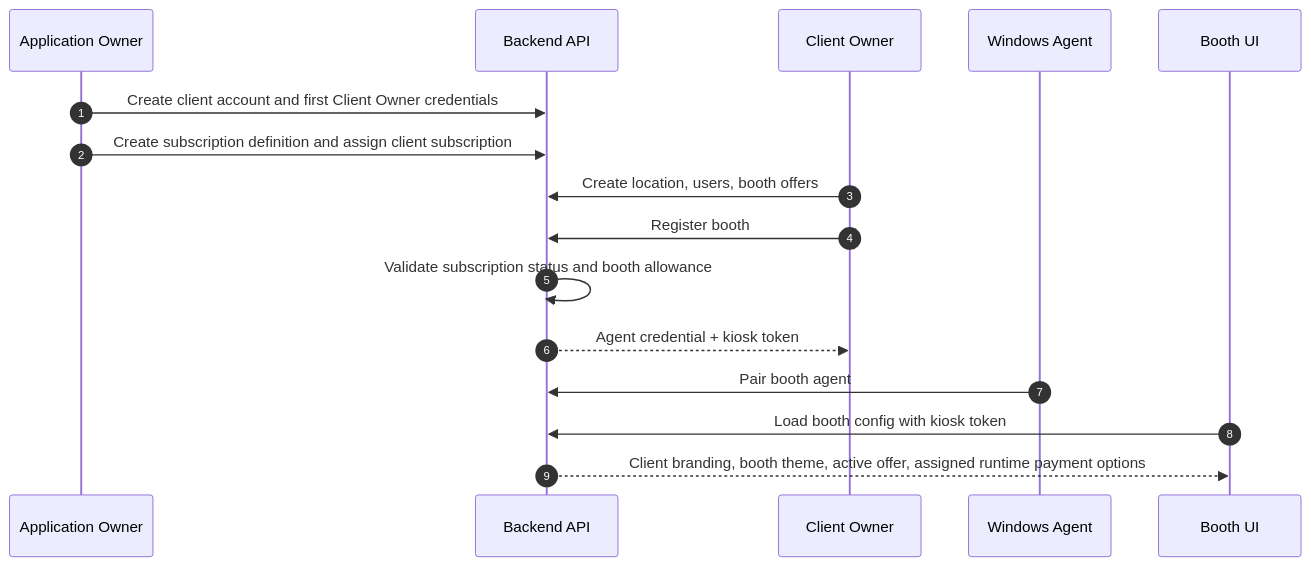
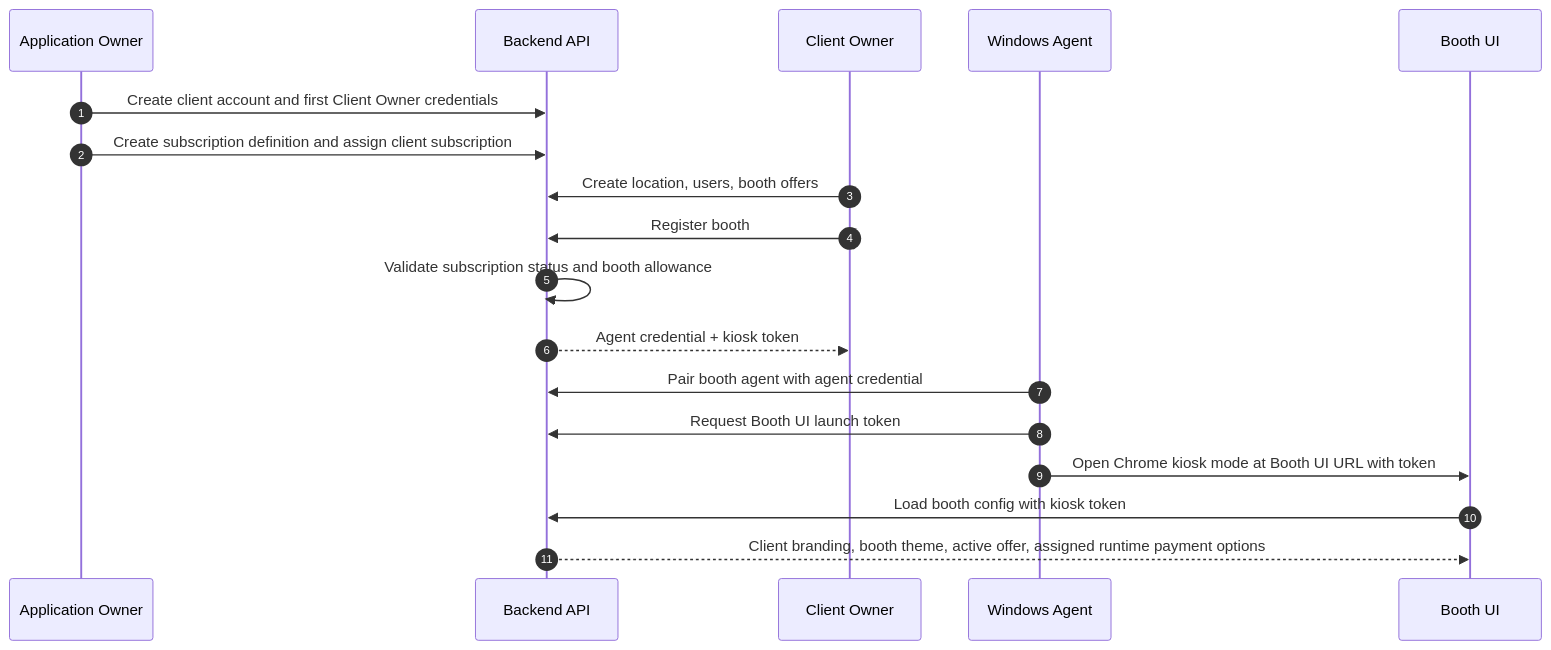
The second of 9 diagrams in docs/ARCHITECTURE.md (quinjan/PhotoBIZ), drawn with Mermaid before and after one commit. The commit also changed other lines of this file and 54 other files, not shown here.

````diff
--- a/docs/ARCHITECTURE.md
+++ b/docs/ARCHITECTURE.md
@@ -44,19 +44,21 @@
 ```mermaid
 sequenceDiagram
   autonumber
   participant AO as Application Owner
   participant API as Backend API
   participant CO as Client Owner
   participant A as Windows Agent
   participant B as Booth UI
 
   AO->>API: Create client account and first Client Owner credentials
   AO->>API: Create subscription definition and assign client subscription
   CO->>API: Create location, users, booth offers
   CO->>API: Register booth
   API->>API: Validate subscription status and booth allowance
   API-->>CO: Agent credential + kiosk token
-  A->>API: Pair booth agent
+  A->>API: Pair booth agent with agent credential
+  A->>API: Request Booth UI launch token
+  A->>B: Open Chrome kiosk mode at Booth UI URL with token
   B->>API: Load booth config with kiosk token
   API-->>B: Client branding, booth theme, active offer, assigned runtime payment options
 ```
````
